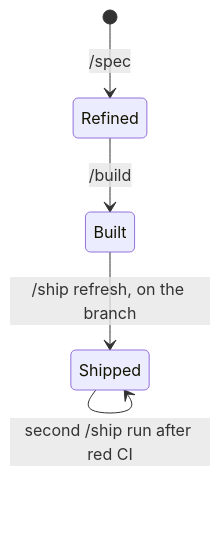
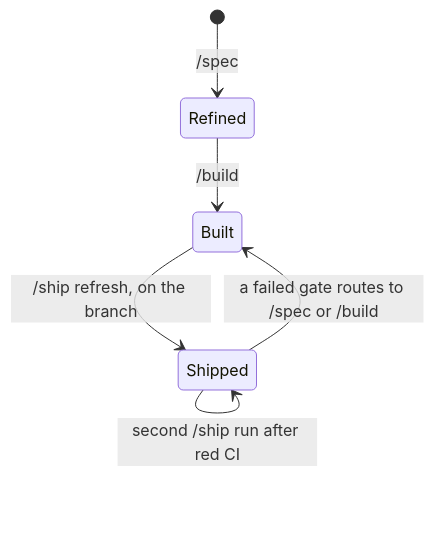
One commit to dzaffren/claude-plugin changed the second of 4 diagrams in docs/specs/shipped-in-pr.md. Above: the diagram before and after it, drawn with Mermaid. The commit also changed other lines of this file, not shown here.

First line of the commit message:
docs(spec): record the review of shipped-in-pr

````diff
--- a/docs/specs/shipped-in-pr.md
+++ b/docs/specs/shipped-in-pr.md
@@ -54,7 +54,8 @@
 ```mermaid
 stateDiagram-v2
     [*] --> Refined: /spec
     Refined --> Built: /build
     Built --> Shipped: /ship refresh, on the branch
     Shipped --> Shipped: second /ship run after red CI
+    Shipped --> Built: a failed gate routes to /spec or /build
 ```
````
